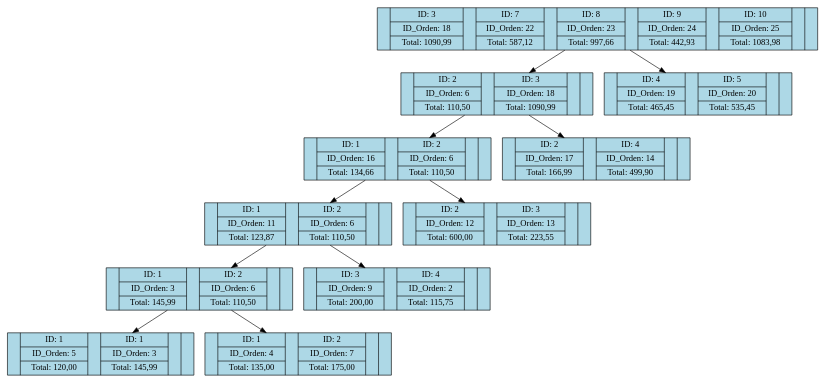
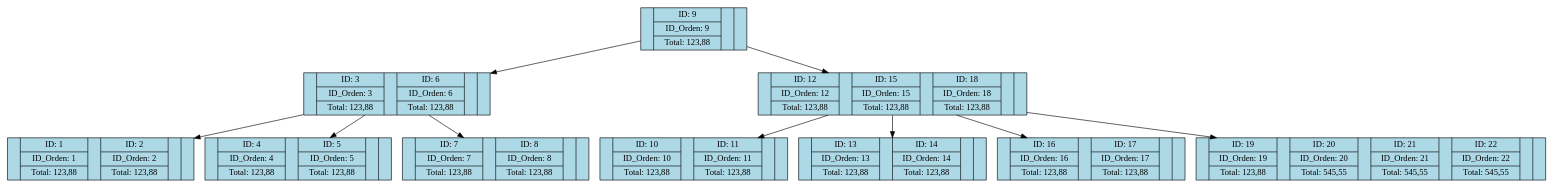
Before and after one commit to Santiago78op/EDD_1S2025_201905884: the diagram in Fase_2/AutoGestPro/AutoGestPro/Reports/facturas_0.dot, drawn with Graphviz. The commit also changed 13 other files, not shown here.

```diff
--- a/Fase_2/AutoGestPro/AutoGestPro/Reports/facturas_0.dot
+++ b/Fase_2/AutoGestPro/AutoGestPro/Reports/facturas_0.dot
@@ -1,24 +1,22 @@
-digraph TreeB {
+digraph BTree {
 node [shape=record, style=filled, fillcolor=lightblue];
-N34181910 [label="<f0> | { ID: 3 | ID_Orden: 18 | Total: 1090,99 } | <f1> | { ID: 7 | ID_Orden: 22 | Total: 587,12 } | <f2> | { ID: 8 | ID_Orden: 23 | Total: 997,66 } | <f3> | { ID: 9 | ID_Orden: 24 | Total: 442,93 } | <f4> | { ID: 10 | ID_Orden: 25 | Total: 1083,98 } | <f5> |"];
-N34181910 -> N39201736;
-N39201736 [label="<f0> | { ID: 2 | ID_Orden: 6 | Total: 110,50 } | <f1> | { ID: 3 | ID_Orden: 18 | Total: 1090,99 } | <f2> |"];
-N39201736 -> N63388340;
-N63388340 [label="<f0> | { ID: 1 | ID_Orden: 16 | Total: 134,66 } | <f1> | { ID: 2 | ID_Orden: 6 | Total: 110,50 } | <f2> |"];
-N63388340 -> N10923418;
-N10923418 [label="<f0> | { ID: 1 | ID_Orden: 11 | Total: 123,87 } | <f1> | { ID: 2 | ID_Orden: 6 | Total: 110,50 } | <f2> |"];
+N38496415 [label="<f0> | { ID: 9 | ID_Orden: 9 | Total: 123,88 } | <f1> |"];
+N38496415 -> N10923418;
+N10923418 [label="<f0> | { ID: 3 | ID_Orden: 3 | Total: 123,88 } | <f1> | { ID: 6 | ID_Orden: 6 | Total: 123,88 } | <f2> |"];
 N10923418 -> N31201899;
-N31201899 [label="<f0> | { ID: 1 | ID_Orden: 3 | Total: 145,99 } | <f1> | { ID: 2 | ID_Orden: 6 | Total: 110,50 } | <f2> |"];
-N31201899 -> N38496415;
-N38496415 [label="<f0> | { ID: 1 | ID_Orden: 5 | Total: 120,00 } | <f1> | { ID: 1 | ID_Orden: 3 | Total: 145,99 } | <f2> |"];
-N31201899 -> N12381635;
-N12381635 [label="<f0> | { ID: 1 | ID_Orden: 4 | Total: 135,00 } | <f1> | { ID: 2 | ID_Orden: 7 | Total: 175,00 } | <f2> |"];
+N31201899 [label="<f0> | { ID: 1 | ID_Orden: 1 | Total: 123,88 } | <f1> | { ID: 2 | ID_Orden: 2 | Total: 123,88 } | <f2> |"];
+N10923418 -> N12381635;
+N12381635 [label="<f0> | { ID: 4 | ID_Orden: 4 | Total: 123,88 } | <f1> | { ID: 5 | ID_Orden: 5 | Total: 123,88 } | <f2> |"];
 N10923418 -> N44325851;
-N44325851 [label="<f0> | { ID: 3 | ID_Orden: 9 | Total: 200,00 } | <f1> | { ID: 4 | ID_Orden: 2 | Total: 115,75 } | <f2> |"];
+N44325851 [label="<f0> | { ID: 7 | ID_Orden: 7 | Total: 123,88 } | <f1> | { ID: 8 | ID_Orden: 8 | Total: 123,88 } | <f2> |"];
+N38496415 -> N63388340;
+N63388340 [label="<f0> | { ID: 12 | ID_Orden: 12 | Total: 123,88 } | <f1> | { ID: 15 | ID_Orden: 15 | Total: 123,88 } | <f2> | { ID: 18 | ID_Orden: 18 | Total: 123,88 } | <f3> |"];
 N63388340 -> N33624151;
-N33624151 [label="<f0> | { ID: 2 | ID_Orden: 12 | Total: 600,00 } | <f1> | { ID: 3 | ID_Orden: 13 | Total: 223,55 } | <f2> |"];
-N39201736 -> N17271312;
-N17271312 [label="<f0> | { ID: 2 | ID_Orden: 17 | Total: 166,99 } | <f1> | { ID: 4 | ID_Orden: 14 | Total: 499,90 } | <f2> |"];
-N34181910 -> N21224086;
-N21224086 [label="<f0> | { ID: 4 | ID_Orden: 19 | Total: 465,45 } | <f1> | { ID: 5 | ID_Orden: 20 | Total: 535,45 } | <f2> |"];
+N33624151 [label="<f0> | { ID: 10 | ID_Orden: 10 | Total: 123,88 } | <f1> | { ID: 11 | ID_Orden: 11 | Total: 123,88 } | <f2> |"];
+N63388340 -> N34181910;
+N34181910 [label="<f0> | { ID: 13 | ID_Orden: 13 | Total: 123,88 } | <f1> | { ID: 14 | ID_Orden: 14 | Total: 123,88 } | <f2> |"];
+N63388340 -> N39201736;
+N39201736 [label="<f0> | { ID: 16 | ID_Orden: 16 | Total: 123,88 } | <f1> | { ID: 17 | ID_Orden: 17 | Total: 123,88 } | <f2> |"];
+N63388340 -> N17271312;
+N17271312 [label="<f0> | { ID: 19 | ID_Orden: 19 | Total: 123,88 } | <f1> | { ID: 20 | ID_Orden: 20 | Total: 545,55 } | <f2> | { ID: 21 | ID_Orden: 21 | Total: 545,55 } | <f3> | { ID: 22 | ID_Orden: 22 | Total: 545,55 } | <f4> |"];
 }
```
